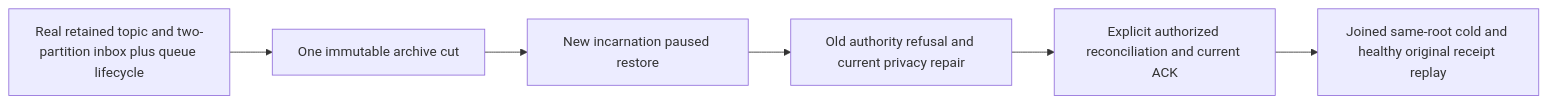
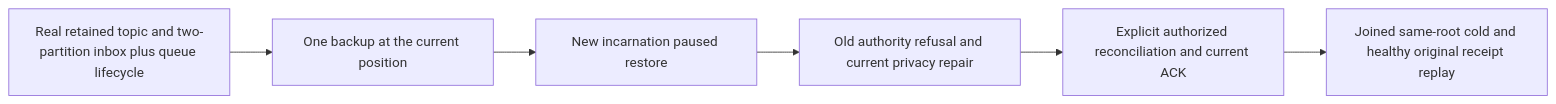
The third of 5 diagrams in docs/Features/BackupRestore.md (managedcode/KeyLoad), drawn with Mermaid before and after one commit. The commit also changed other lines of this file and 1072 other files, not shown here.

````diff
--- a/docs/Features/BackupRestore.md
+++ b/docs/Features/BackupRestore.md
@@ -205,8 +163,8 @@
 ```mermaid
 flowchart LR
-  A[Real retained topic and two-partition inbox plus queue lifecycle] --> B[One immutable archive cut]
+  A[Real retained topic and two-partition inbox plus queue lifecycle] --> B[One backup at the current position]
   B --> C[New incarnation paused restore]
   C --> D[Old authority refusal and current privacy repair]
   D --> E[Explicit authorized reconciliation and current ACK]
   E --> F[Joined same-root cold and healthy original receipt replay]
 ```
````
